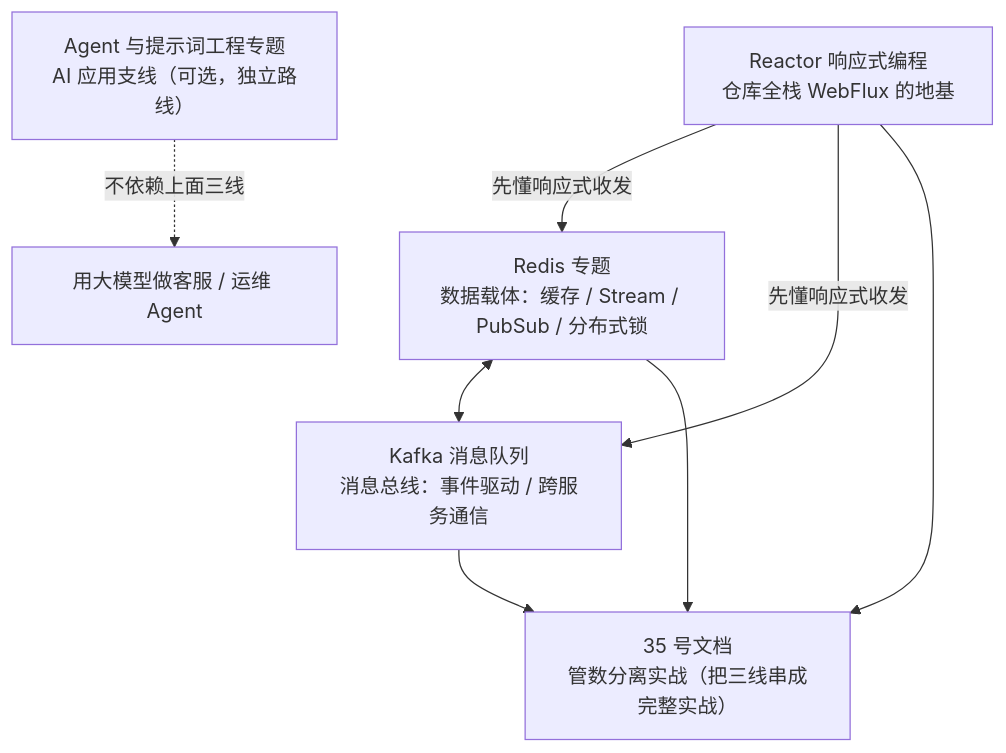
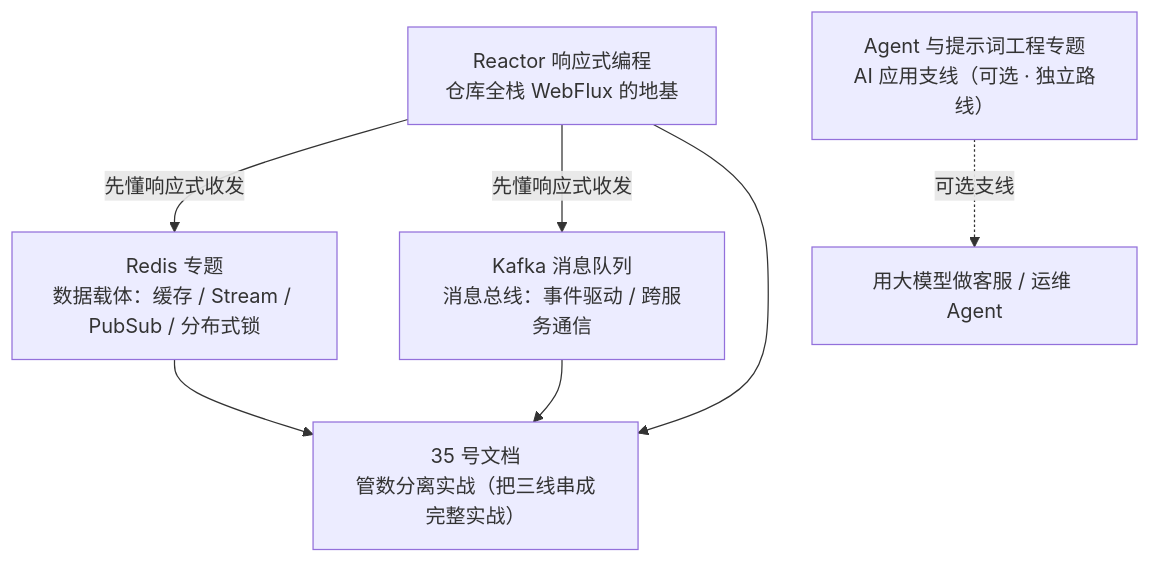
The first of 5 diagrams in docs/附录/00-学习路线总览.md (UranusGit/java-agent-learn), drawn with Mermaid before and after one commit. The commit also changed 41 other files, not shown here.

First line of the commit message:
docs全库mermaid复核修复：补ER图、ASCII转mermaid/表格、删重复图、修语义矛盾

````diff
--- a/docs/附录/00-学习路线总览.md
+++ b/docs/附录/00-学习路线总览.md
@@ -30,10 +30,11 @@
 ```mermaid
 flowchart TD
     R["Reactor 响应式编程<br/>仓库全栈 WebFlux 的地基"] -->|先懂响应式收发| Redis["Redis 专题<br/>数据载体：缓存 / Stream / PubSub / 分布式锁"]
     R -->|先懂响应式收发| Kafka["Kafka 消息队列<br/>消息总线：事件驱动 / 跨服务通信"]
-    Redis <--> Kafka
     R --> D["35 号文档<br/>管数分离实战（把三线串成完整实战）"]
     Redis --> D
     Kafka --> D
-    AI["Agent 与提示词工程专题<br/>AI 应用支线（可选，独立路线）"] -.不依赖上面三线.-> OUT["用大模型做客服 / 运维 Agent"]
+    AI["Agent 与提示词工程专题<br/>AI 应用支线（可选 · 独立路线）"]
+    OUT["用大模型做客服 / 运维 Agent"]
+    AI -.可选支线.-> OUT
 ```
````
